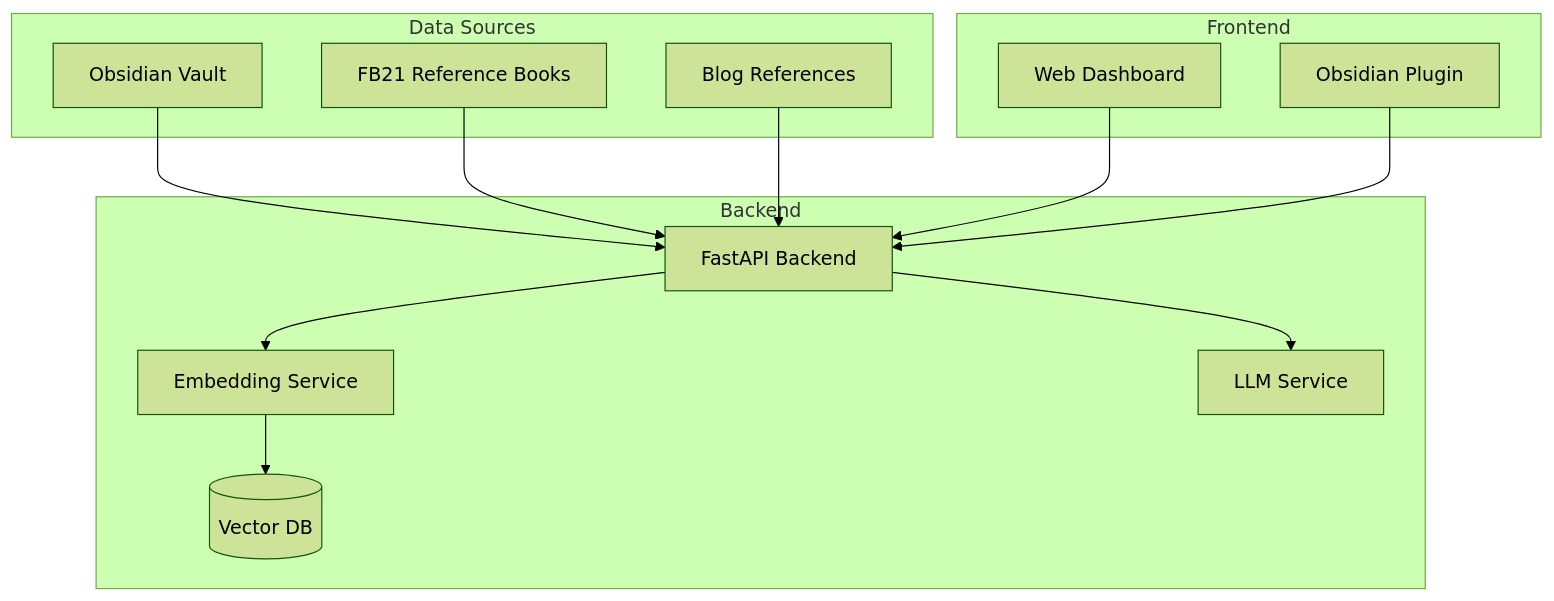
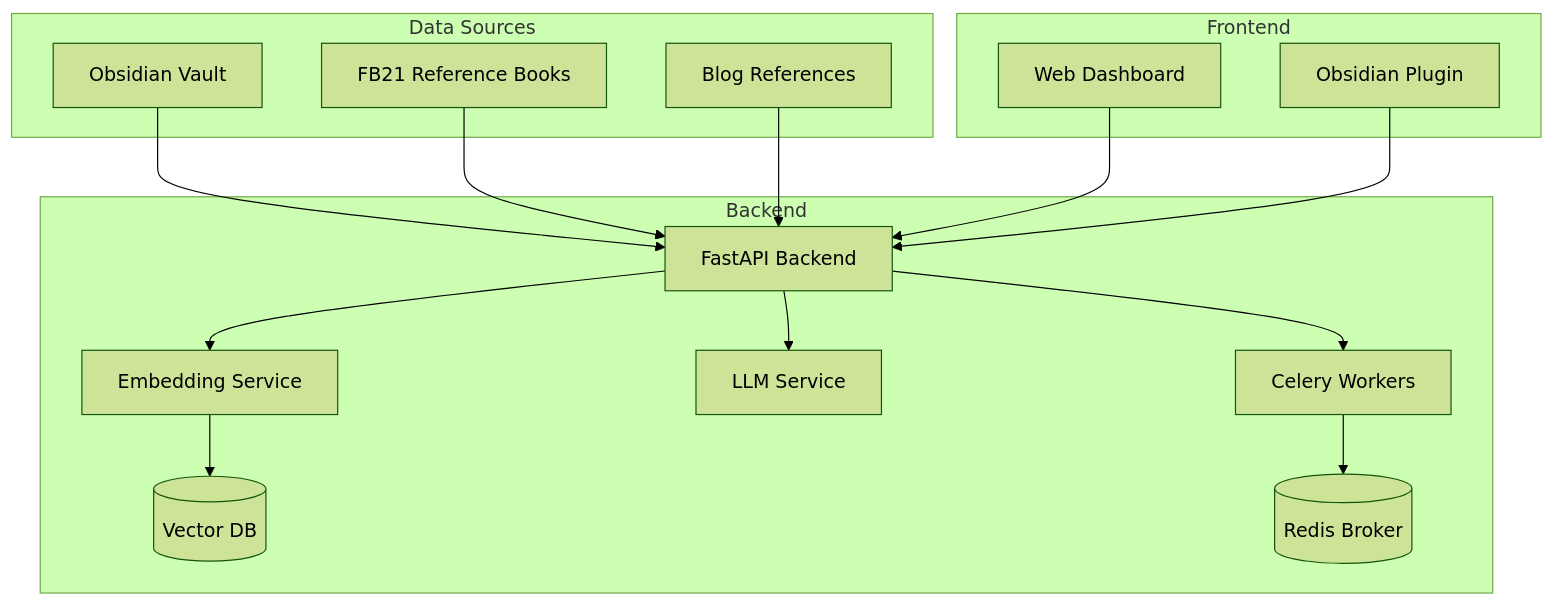
Before and after one commit to turtlesoup0/ittopic_enhancer: the diagram in README.md, drawn with Mermaid (forest theme). The commit also changed other lines of this file and 19 other files, not shown here.

````diff
--- a/README.md
+++ b/README.md
@@ -16,29 +16,33 @@
 ```mermaid
 graph TB
     subgraph "Data Sources"
         OBSIDIAN[Obsidian Vault]
         REFBOOKS[FB21 Reference Books]
         BLOG[Blog References]
     end
 
     subgraph "Backend"
         API[FastAPI Backend]
         EMBED[Embedding Service]
         VDB[(Vector DB)]
         LLM[LLM Service]
+        CELERY[Celery Workers]
+        REDIS[(Redis Broker)]
     end
 
     subgraph "Frontend"
         WEB[Web Dashboard]
         PLUGIN[Obsidian Plugin]
     end
 
     OBSIDIAN --> API
     REFBOOKS --> API
     BLOG --> API
     API --> EMBED
     EMBED --> VDB
     API --> LLM
+    API --> CELERY
+    CELERY --> REDIS
     WEB --> API
     PLUGIN --> API
 ```
````
